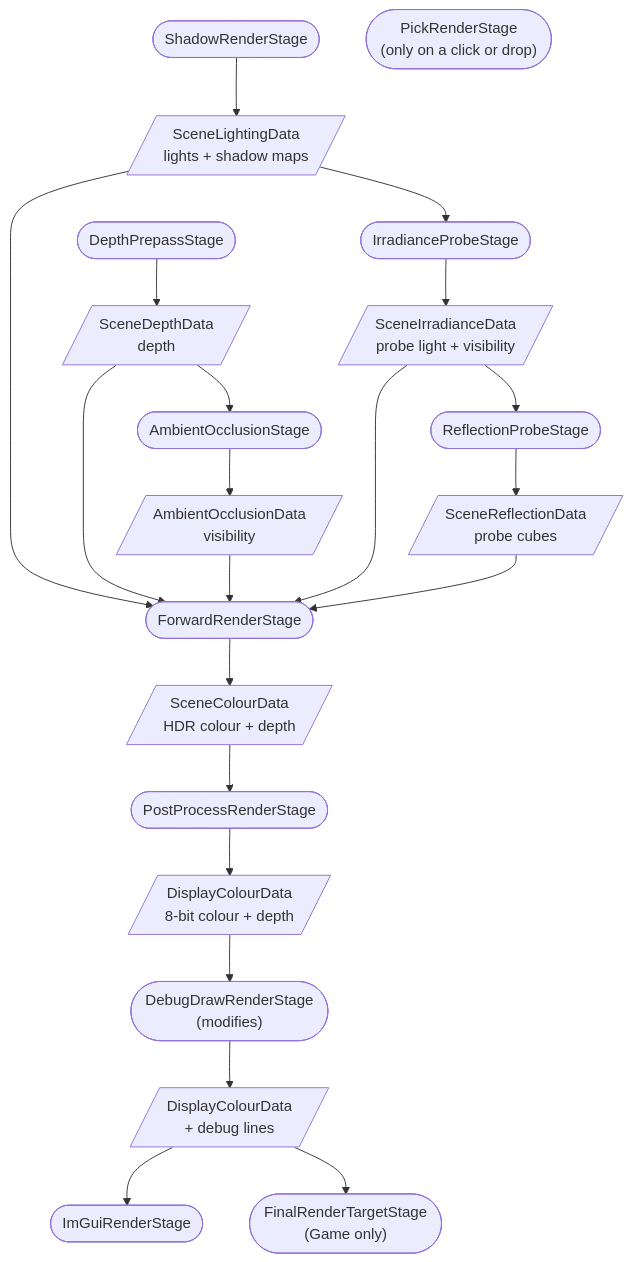
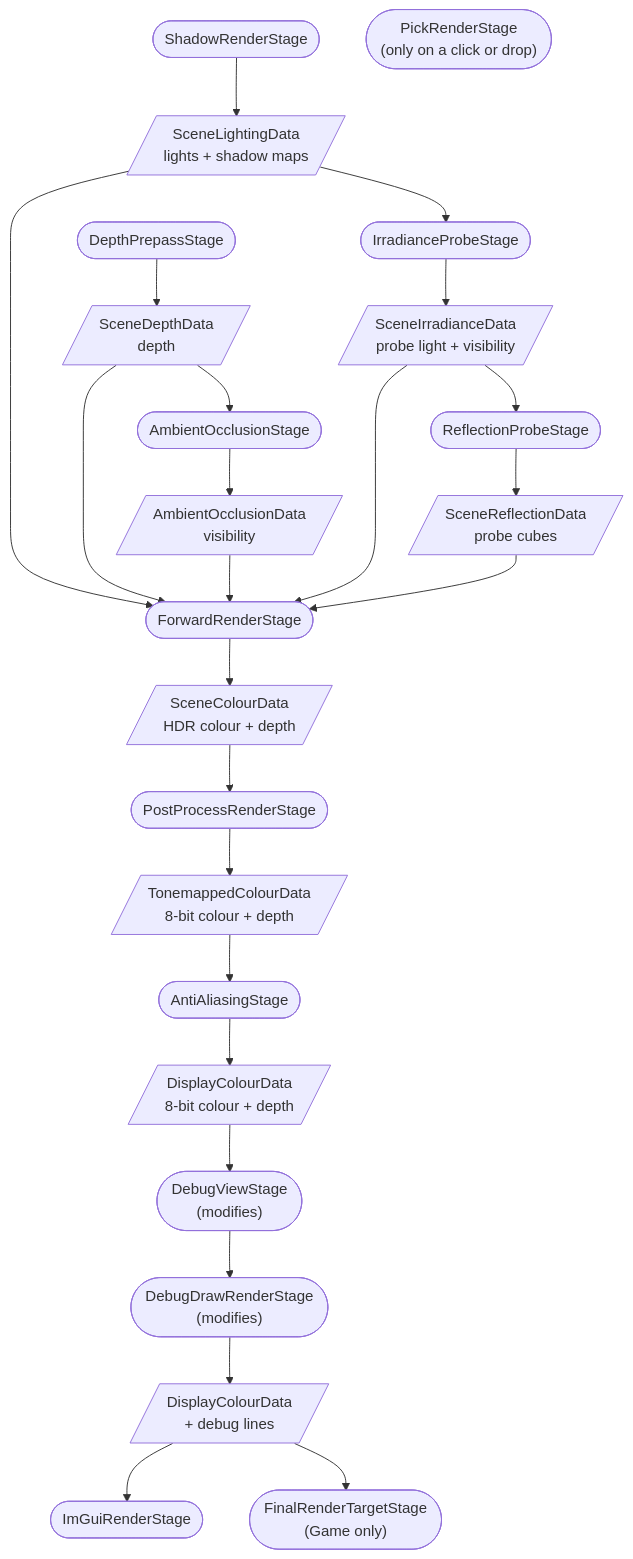
The first of 7 diagrams in Docs/Generated/Engine/04-Rendering/Render-Stages.md (b1nary0/RZE), drawn with Mermaid before and after one commit. The commit also changed other lines of this file and 9 other files, not shown here.

First line of the commit message:
Docs: SMAA, the anti-aliasing stage and the Graphics settings page

````diff
--- a/Docs/Generated/Engine/04-Rendering/Render-Stages.md
+++ b/Docs/Generated/Engine/04-Rendering/Render-Stages.md
@@ -11,25 +11,28 @@
 ```mermaid
 %%{init: {'flowchart': {'subGraphTitleMargin': {'top': 6, 'bottom': 10}}, 'themeCSS': '.labelBkg, .edgeLabel { background-color: var(--background-primary) !important; } .messageText, .labelText, .loopText { paint-order: stroke; stroke: var(--background-primary); stroke-width: 12px; stroke-linejoin: round; }'}}%%
 flowchart TD
     Shadow(["ShadowRenderStage"]) --> SMD[/"SceneLightingData<br/>lights + shadow maps"/]
     Prepass(["DepthPrepassStage"]) --> SDD[/"SceneDepthData<br/>depth"/]
     SDD --> AO(["AmbientOcclusionStage"])
     AO --> AOD[/"AmbientOcclusionData<br/>visibility"/]
     SMD --> Irr(["IrradianceProbeStage"])
     Irr --> SID[/"SceneIrradianceData<br/>probe light + visibility"/]
     SID --> Refl(["ReflectionProbeStage"])
     Refl --> SRD[/"SceneReflectionData<br/>probe cubes"/]
     SMD --> Forward(["ForwardRenderStage"])
     SDD --> Forward
     AOD --> Forward
     SID --> Forward
     SRD --> Forward
     Forward --> SCD[/"SceneColourData<br/>HDR colour + depth"/]
     SCD --> Post(["PostProcessRenderStage"])
-    Post --> DCD[/"DisplayColourData<br/>8-bit colour + depth"/]
-    DCD --> Debug(["DebugDrawRenderStage<br/>(modifies)"])
+    Post --> TCD[/"TonemappedColourData<br/>8-bit colour + depth"/]
+    TCD --> AA(["AntiAliasingStage"])
+    AA --> DCD[/"DisplayColourData<br/>8-bit colour + depth"/]
+    DCD --> View(["DebugViewStage<br/>(modifies)"])
+    View --> Debug(["DebugDrawRenderStage<br/>(modifies)"])
     Debug --> DCD2[/"DisplayColourData<br/>+ debug lines"/]
     DCD2 --> ImGui(["ImGuiRenderStage"])
     DCD2 --> Final(["FinalRenderTargetStage<br/>(Game only)"])
     Pick(["PickRenderStage<br/>(only on a click or drop)"])
 ```
````
